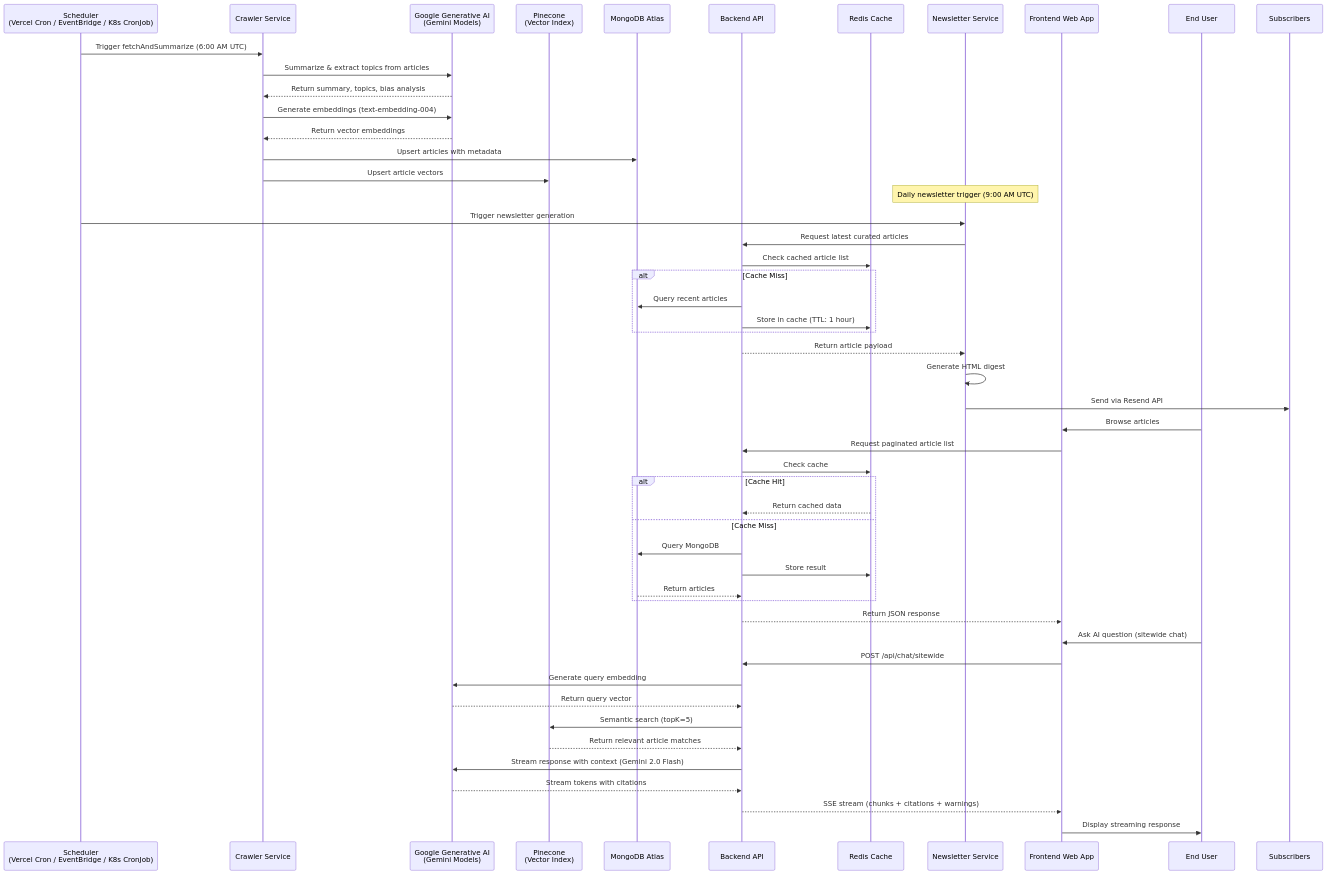
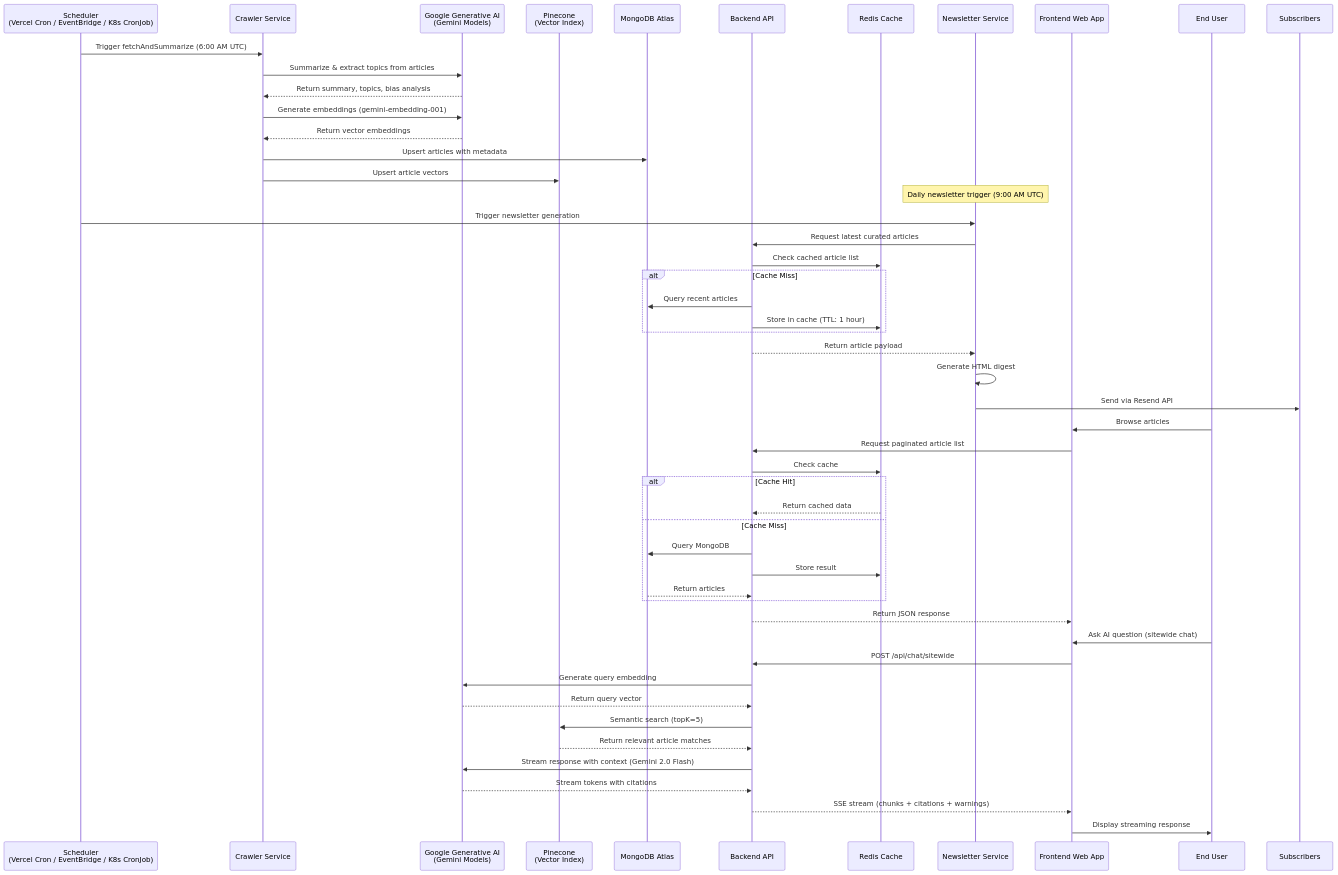
The seventh of 19 diagrams in ARCHITECTURE.md (hoangsonww/AI-Gov-Content-Curator), drawn with Mermaid before and after one commit. The commit also changed other lines of this file and 85 other files, not shown here.

Commit message:
Update embedding model to use Google's gemini-embedding-001 in pinecone.service.ts

````diff
--- a/ARCHITECTURE.md
+++ b/ARCHITECTURE.md
@@ -490,56 +490,56 @@
 ```mermaid
 sequenceDiagram
     participant Cron as Scheduler<br/>(Vercel Cron / EventBridge / K8s CronJob)
     participant Crawl as Crawler Service
     participant AI as Google Generative AI<br/>(Gemini Models)
     participant Vector as Pinecone<br/>(Vector Index)
     participant DB as MongoDB Atlas
     participant Back as Backend API
     participant Cache as Redis Cache
     participant Mail as Newsletter Service
     participant UI as Frontend Web App
     participant User as End User
 
     Cron->>Crawl: Trigger fetchAndSummarize (6:00 AM UTC)
     Crawl->>AI: Summarize & extract topics from articles
     AI-->>Crawl: Return summary, topics, bias analysis
-    Crawl->>AI: Generate embeddings (text-embedding-004)
+    Crawl->>AI: Generate embeddings (gemini-embedding-001)
     AI-->>Crawl: Return vector embeddings
     Crawl->>DB: Upsert articles with metadata
     Crawl->>Vector: Upsert article vectors
 
     Note over Mail: Daily newsletter trigger (9:00 AM UTC)
     Cron->>Mail: Trigger newsletter generation
     Mail->>Back: Request latest curated articles
     Back->>Cache: Check cached article list
     alt Cache Miss
         Back->>DB: Query recent articles
         Back->>Cache: Store in cache (TTL: 1 hour)
     end
     Back-->>Mail: Return article payload
     Mail->>Mail: Generate HTML digest
     Mail->>Subscribers: Send via Resend API
 
     User->>UI: Browse articles
     UI->>Back: Request paginated article list
     Back->>Cache: Check cache
     alt Cache Hit
         Cache-->>Back: Return cached data
     else Cache Miss
         Back->>DB: Query MongoDB
         Back->>Cache: Store result
         DB-->>Back: Return articles
     end
     Back-->>UI: Return JSON response
 
     User->>UI: Ask AI question (sitewide chat)
     UI->>Back: POST /api/chat/sitewide
     Back->>AI: Generate query embedding
     AI-->>Back: Return query vector
     Back->>Vector: Semantic search (topK=5)
     Vector-->>Back: Return relevant article matches
     Back->>AI: Stream response with context (Gemini 2.0 Flash)
     AI-->>Back: Stream tokens with citations
     Back-->>UI: SSE stream (chunks + citations + warnings)
     UI->>User: Display streaming response
 ```
````
